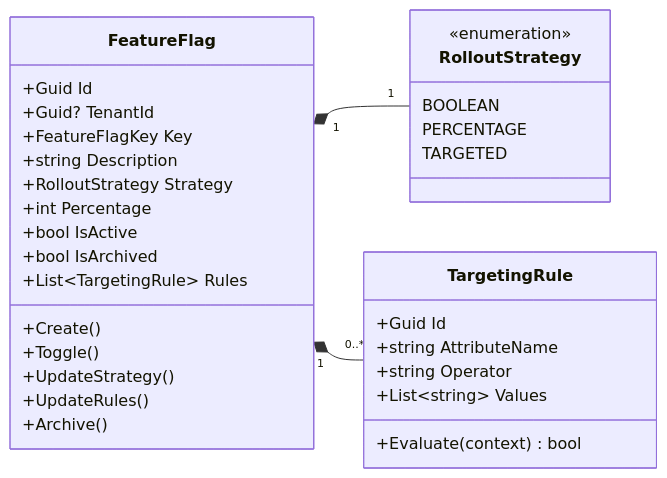
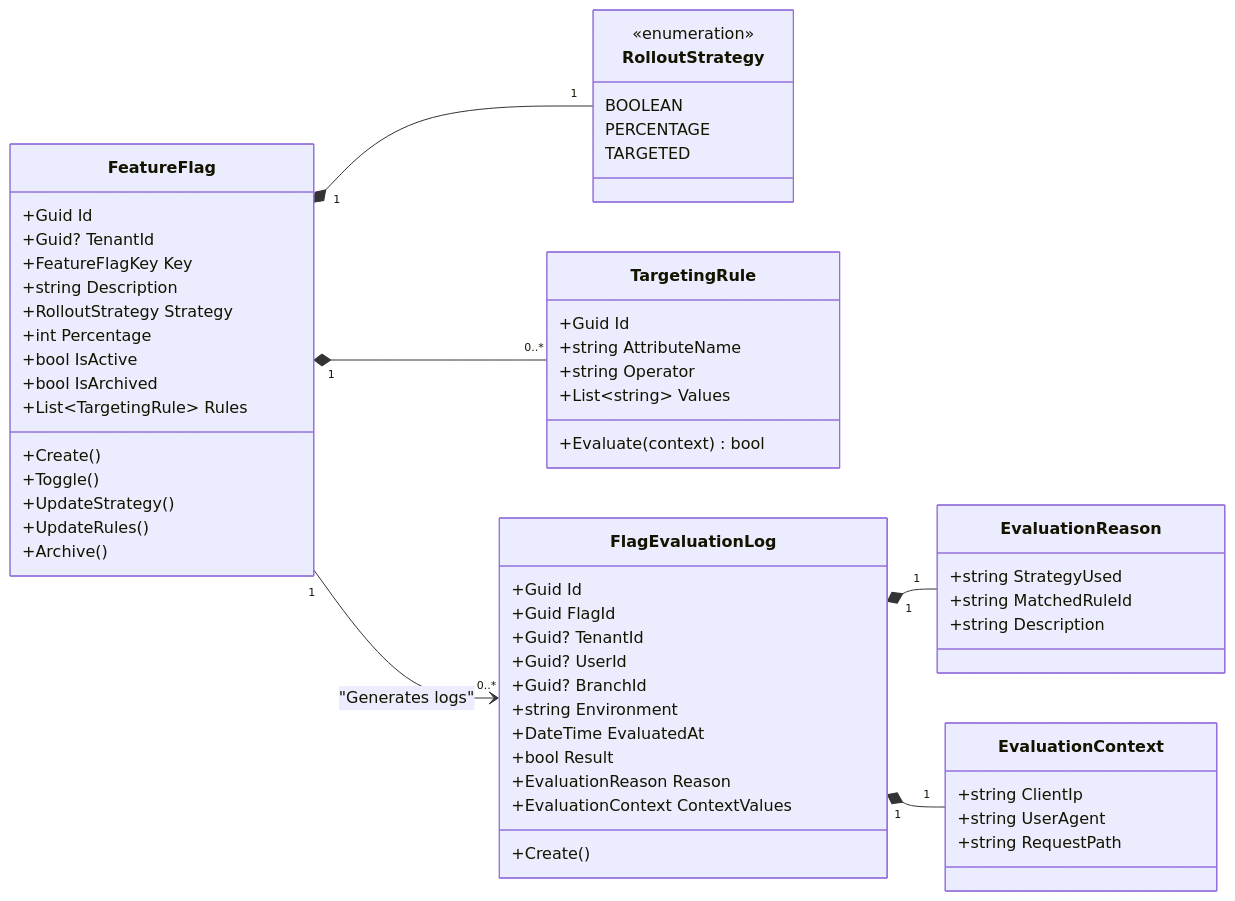
The first of 4 diagrams in docs/domain/configuration/feature-flag.md (beyondnetcode/ums), drawn with Mermaid before and after one commit. The commit also changed other lines of this file and 19 other files, not shown here.

````diff
--- a/docs/domain/configuration/feature-flag.md
+++ b/docs/domain/configuration/feature-flag.md
@@ -94,35 +119,62 @@
 ```mermaid
 classDiagram
     direction LR
     class FeatureFlag {
         +Guid Id
         +Guid? TenantId
         +FeatureFlagKey Key
         +string Description
         +RolloutStrategy Strategy
         +int Percentage
         +bool IsActive
         +bool IsArchived
         +List~TargetingRule~ Rules
         +Create()
         +Toggle()
         +UpdateStrategy()
         +UpdateRules()
         +Archive()
     }
     class RolloutStrategy {
         <<enumeration>>
         BOOLEAN
         PERCENTAGE
         TARGETED
     }
     class TargetingRule {
         +Guid Id
         +string AttributeName
         +string Operator
         +List~string~ Values
         +Evaluate(context) bool
     }
+    class FlagEvaluationLog {
+        +Guid Id
+        +Guid FlagId
+        +Guid? TenantId
+        +Guid? UserId
+        +Guid? BranchId
+        +string Environment
+        +DateTime EvaluatedAt
+        +bool Result
+        +EvaluationReason Reason
+        +EvaluationContext ContextValues
+        +Create()
+    }
+    class EvaluationReason {
+        +string StrategyUsed
+        +string MatchedRuleId
+        +string Description
+    }
+    class EvaluationContext {
+        +string ClientIp
+        +string UserAgent
+        +string RequestPath
+    }
+    
     FeatureFlag "1" *-- "1" RolloutStrategy
     FeatureFlag "1" *-- "0..*" TargetingRule
+    FeatureFlag "1" --> "0..*" FlagEvaluationLog : "Generates logs"
+    FlagEvaluationLog "1" *-- "1" EvaluationReason
+    FlagEvaluationLog "1" *-- "1" EvaluationContext
 ```
````
